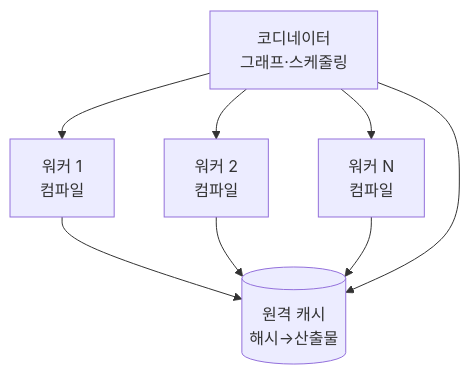
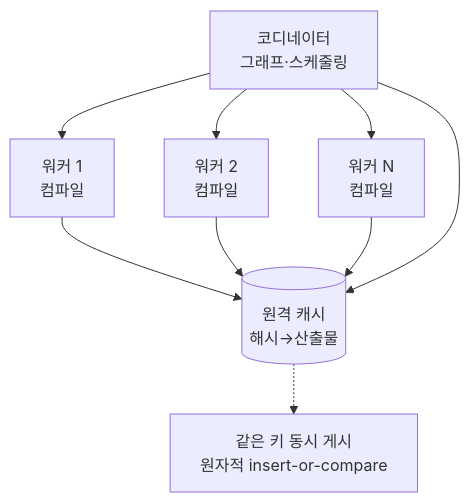
One commit to Rein-ArXiv/game-dev-curriculum changed the fourth of 8 diagrams in tools/part06_build.md. Above: the diagram before and after it, drawn with Mermaid. The commit also changed other lines of this file and 279 other files, not shown here.

````diff
--- a/tools/part06_build.md
+++ b/tools/part06_build.md
@@ -229,10 +229,11 @@
 ```mermaid
 flowchart TB
     Coord[코디네이터<br/>그래프·스케줄링] --> W1[워커 1<br/>컴파일]
     Coord --> W2[워커 2<br/>컴파일]
     Coord --> W3[워커 N<br/>컴파일]
     W1 --> Cache[(원격 캐시<br/>해시→산출물)]
     W2 --> Cache
     W3 --> Cache
     Coord --> Cache
+    Cache -.-> Atomic[같은 키 동시 게시<br/>원자적 insert-or-compare]
 ```
````
